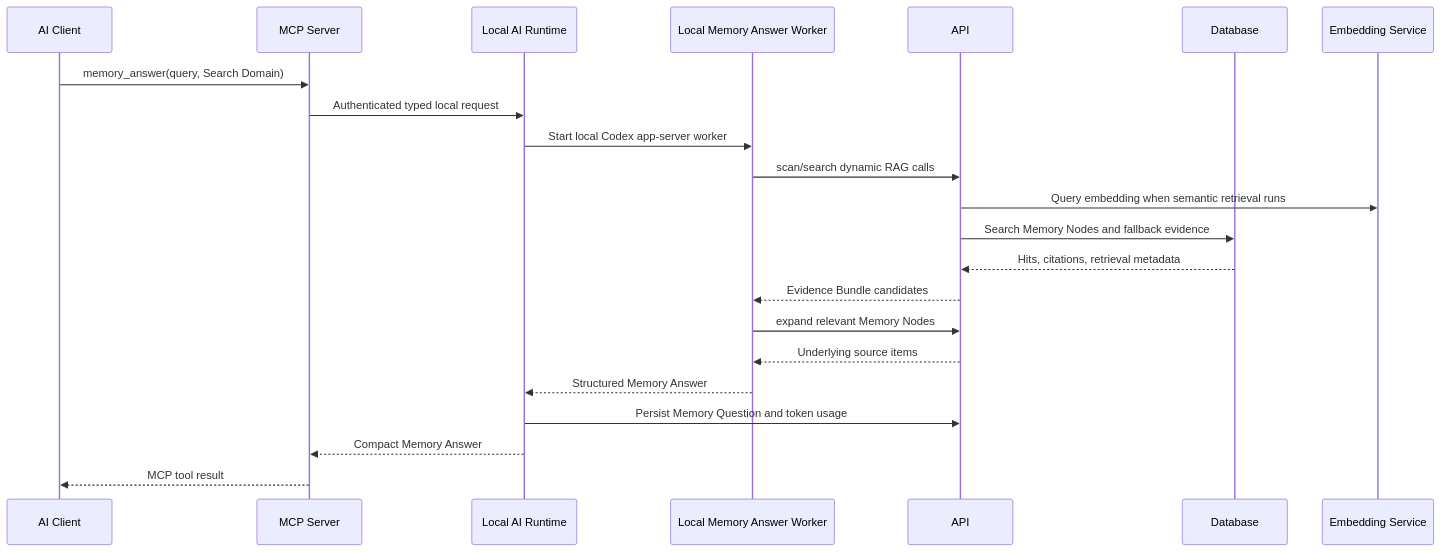
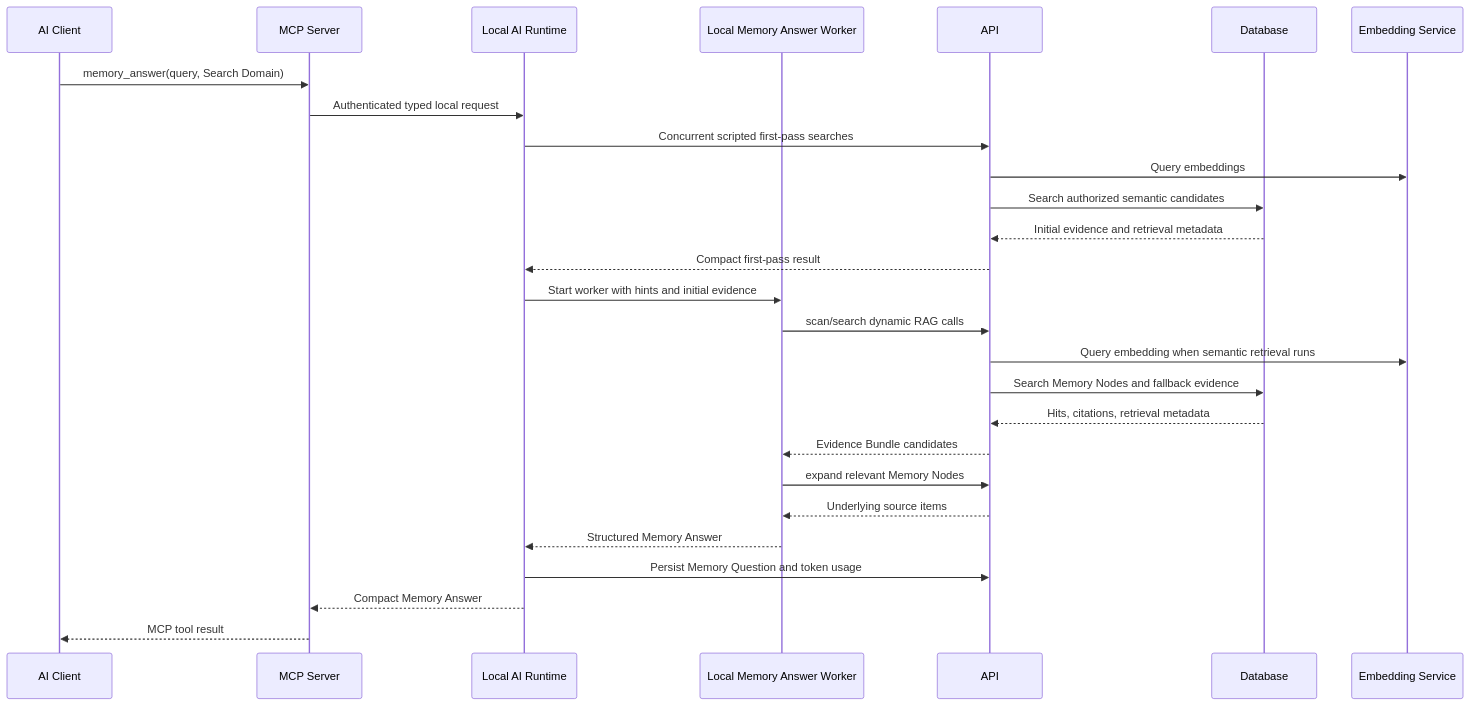
Before and after one commit to johncarmack1984/koed: the fifth of 5 diagrams in docs/service-sequence-overview.md, drawn with Mermaid. The commit also changed other lines of this file and 210 other files, not shown here.

````diff
--- a/docs/service-sequence-overview.md
+++ b/docs/service-sequence-overview.md
@@ -1297,25 +1363,30 @@
 ```mermaid
 sequenceDiagram
   participant Client as AI Client
   participant MCP as MCP Server
   participant Runtime as Local AI Runtime
   participant Answer as Local Memory Answer Worker
   participant API as API
   participant DB as Database
   participant Embed as Embedding Service
 
   Client->>MCP: memory_answer(query, Search Domain)
   MCP->>Runtime: Authenticated typed local request
-  Runtime->>Answer: Start local Codex app-server worker
+  Runtime->>API: Concurrent scripted first-pass searches
+  API->>Embed: Query embeddings
+  API->>DB: Search authorized semantic candidates
+  DB-->>API: Initial evidence and retrieval metadata
+  API-->>Runtime: Compact first-pass result
+  Runtime->>Answer: Start worker with hints and initial evidence
   Answer->>API: scan/search dynamic RAG calls
   API->>Embed: Query embedding when semantic retrieval runs
   API->>DB: Search Memory Nodes and fallback evidence
   DB-->>API: Hits, citations, retrieval metadata
   API-->>Answer: Evidence Bundle candidates
   Answer->>API: expand relevant Memory Nodes
   API-->>Answer: Underlying source items
   Answer-->>Runtime: Structured Memory Answer
   Runtime->>API: Persist Memory Question and token usage
   Runtime-->>MCP: Compact Memory Answer
   MCP-->>Client: MCP tool result
 ```
````
